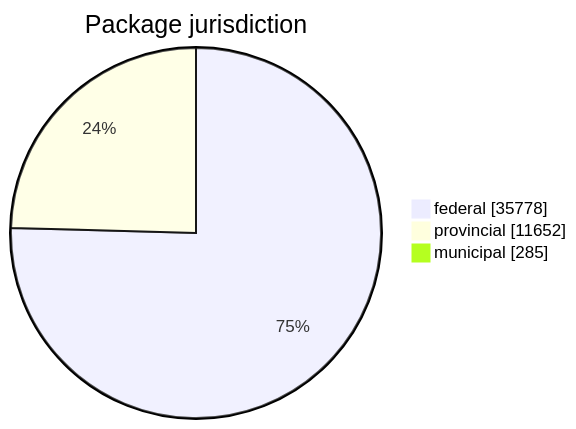
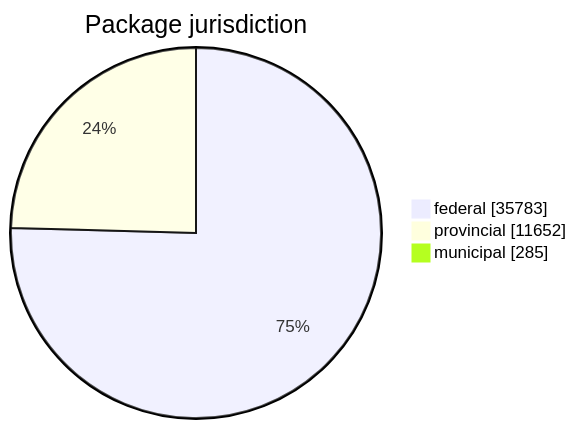
The first of 5 diagrams in FreshCheck/README.md (open-data/analytics-corporate-reporting), drawn with Mermaid before and after one commit. The commit also changed other lines of this file and 3 other files, not shown here.

````diff
--- a/FreshCheck/README.md
+++ b/FreshCheck/README.md
@@ -60,6 +60,6 @@
 ```mermaid
 pie showData title Package jurisdiction
-    "federal": 35778
+    "federal": 35783
     "provincial": 11652
     "municipal": 285
 ```
````
